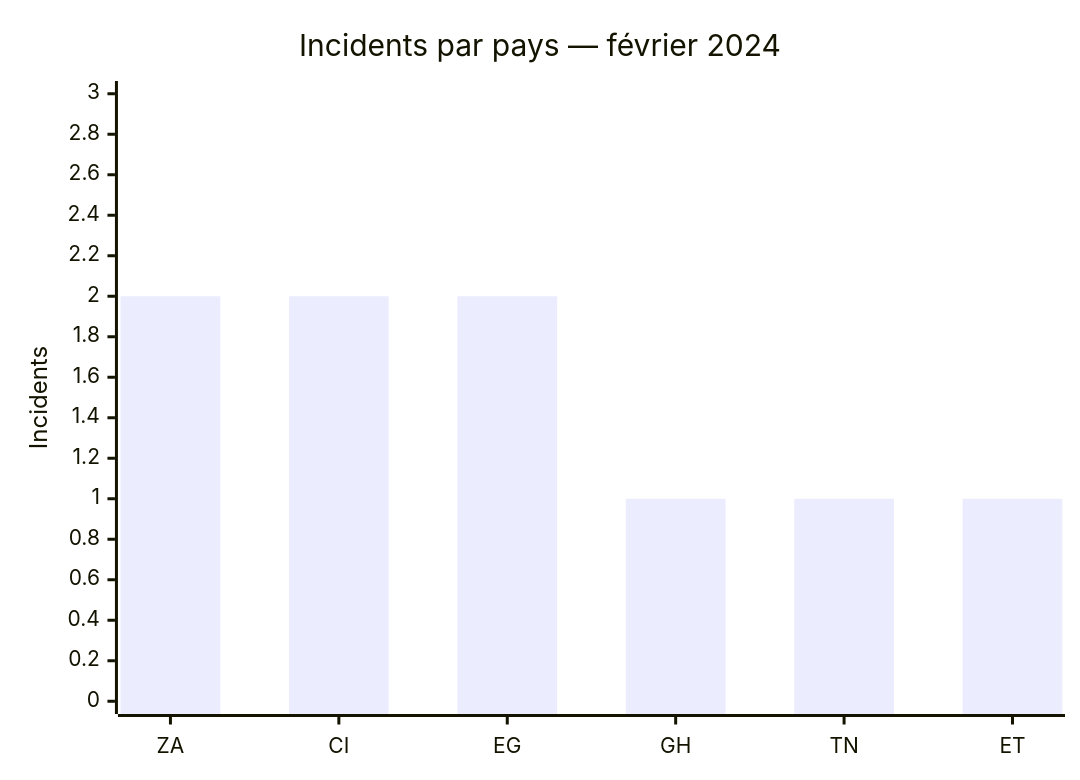
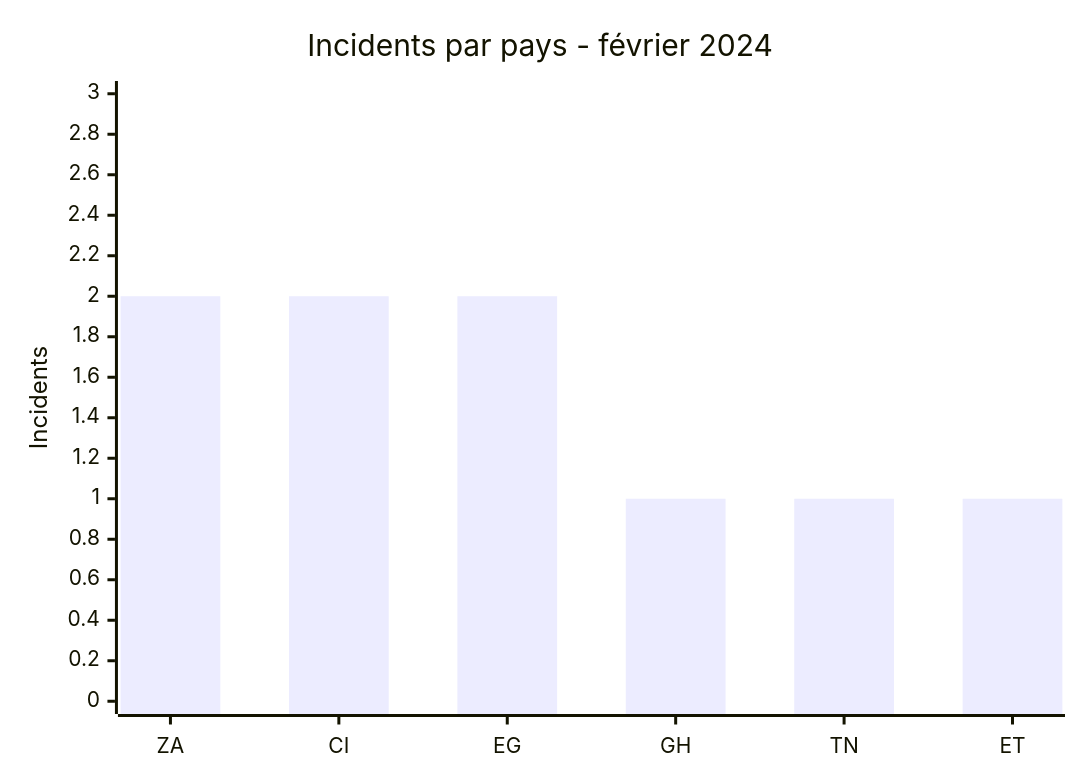
The first of 2 diagrams in CyberAttackAfrica/2024/02-february/README_FR.md (Hatchepsoute/AFRINTEL), drawn with Mermaid before and after one commit. The commit also changed other lines of this file and 182 other files, not shown here.

````diff
--- a/CyberAttackAfrica/2024/02-february/README_FR.md
+++ b/CyberAttackAfrica/2024/02-february/README_FR.md
@@ -46,7 +46,7 @@
 ```mermaid
 xychart
-    title "Incidents par pays — février 2024"
+    title "Incidents par pays - février 2024"
     x-axis ["ZA","CI","EG","GH","TN","ET"]
     y-axis "Incidents" 0 --> 3
     bar [2,2,2,1,1,1]
 ```
````
